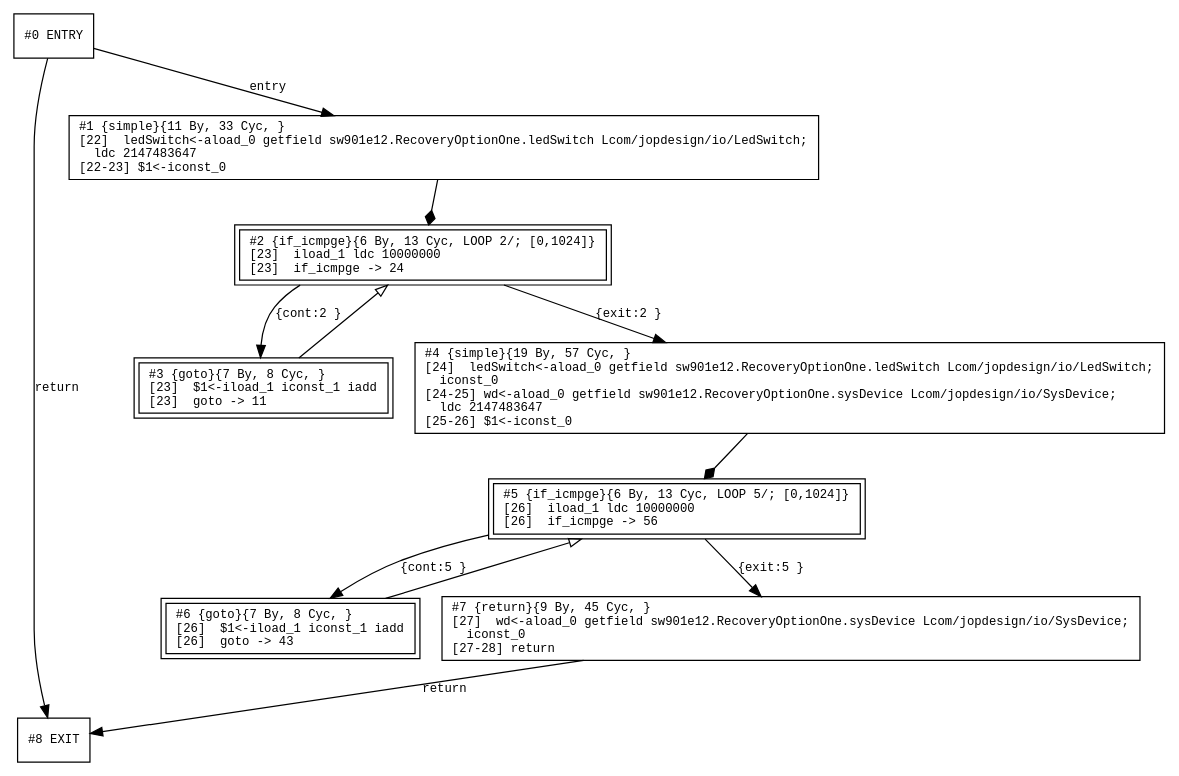
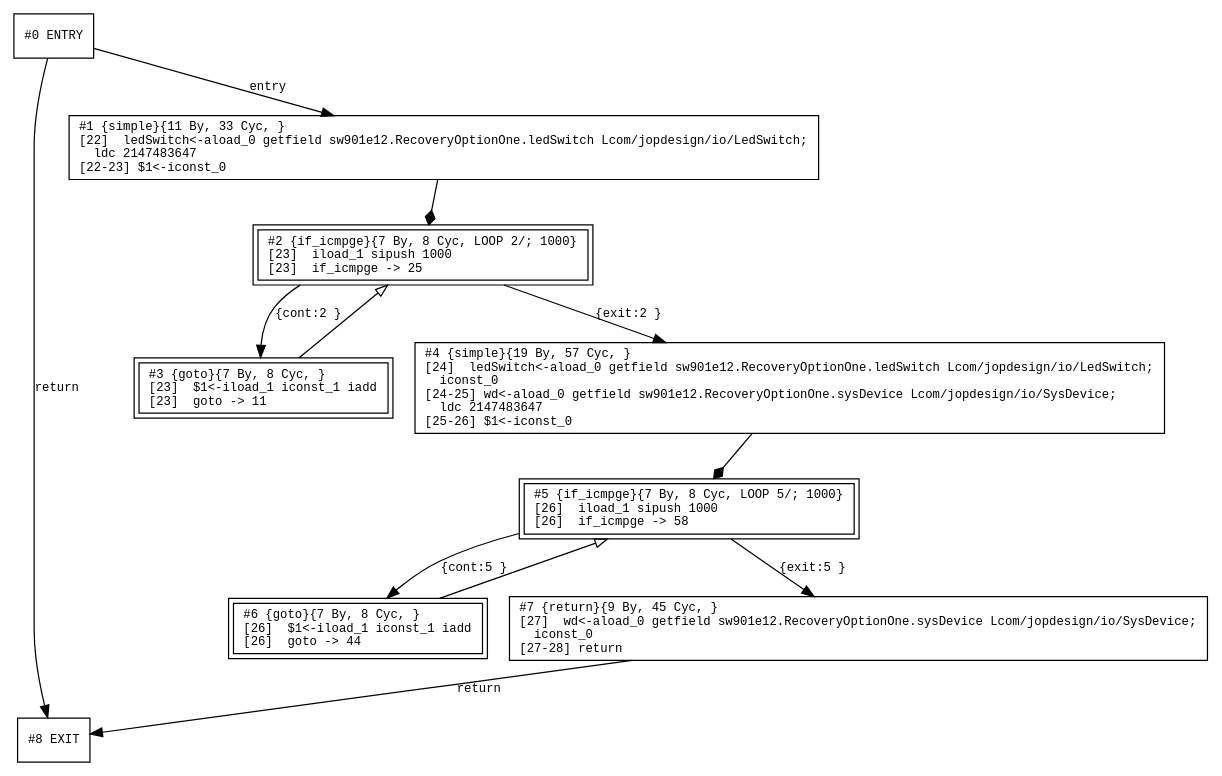
The diagram in Scheduability/Watchdog/system_SCJApplicationMain_sw901e12.handlers.PEHSystemRecovery.handleAsyncEvent/report/sw901e12.RecoveryOptionOne.executeRecovery__VCFG.dot (Todberg/LibCSP), drawn with Graphviz before and after one commit. The commit also changed 44 other files, not shown here.

```diff
--- a/Scheduability/Watchdog/system_SCJApplicationMain_sw901e12.handlers.PEHSystemRecovery.handleAsyncEvent/report/sw901e12.RecoveryOptionOne.executeRecovery__VCFG.dot
+++ b/Scheduability/Watchdog/system_SCJApplicationMain_sw901e12.handlers.PEHSystemRecovery.handleAsyncEvent/report/sw901e12.RecoveryOptionOne.executeRecovery__VCFG.dot
@@ -1,23 +1,23 @@
 digraph cfg
 {
 0 [label="#0 ENTRY",shape=box,fontname=Courier,fontsize=10];
 1 [label="#8 EXIT",shape=box,fontname=Courier,fontsize=10];
 2 [peripheries=1,label="#1 {simple}{11 By, 33 Cyc, }\l[22]  ledSwitch<-aload_0 getfield sw901e12.RecoveryOptionOne.ledSwitch Lcom/jopdesign/io/LedSwitch;\l  \ ldc 2147483647\l[22-23] $1<-iconst_0\l",shape=box,fontname=Courier,fontsize=10];
-3 [peripheries=2,label="#2 {if_icmpge}{6 By, 13 Cyc, LOOP 2/; [0,1024]}\l[23]  iload_1 ldc 10000000\l[23]  if_icmpge -> 24\l",shape=box,fontname=Courier,fontsize=10];
+3 [peripheries=2,label="#2 {if_icmpge}{7 By, 8 Cyc, LOOP 2/; 1000}\l[23]  iload_1 sipush 1000\l[23]  if_icmpge -> 25\l",shape=box,fontname=Courier,fontsize=10];
 4 [peripheries=2,label="#3 {goto}{7 By, 8 Cyc, }\l[23]  $1<-iload_1 iconst_1 iadd\l[23]  goto -> 11\l",shape=box,fontname=Courier,fontsize=10];
 5 [peripheries=1,label="#4 {simple}{19 By, 57 Cyc, }\l[24]  ledSwitch<-aload_0 getfield sw901e12.RecoveryOptionOne.ledSwitch Lcom/jopdesign/io/LedSwitch;\l  \ iconst_0\l[24-25] wd<-aload_0 getfield sw901e12.RecoveryOptionOne.sysDevice Lcom/jopdesign/io/SysDevice;\l  \ ldc 2147483647\l[25-26] $1<-iconst_0\l",shape=box,fontname=Courier,fontsize=10];
-6 [peripheries=2,label="#5 {if_icmpge}{6 By, 13 Cyc, LOOP 5/; [0,1024]}\l[26]  iload_1 ldc 10000000\l[26]  if_icmpge -> 56\l",shape=box,fontname=Courier,fontsize=10];
-7 [peripheries=2,label="#6 {goto}{7 By, 8 Cyc, }\l[26]  $1<-iload_1 iconst_1 iadd\l[26]  goto -> 43\l",shape=box,fontname=Courier,fontsize=10];
+6 [peripheries=2,label="#5 {if_icmpge}{7 By, 8 Cyc, LOOP 5/; 1000}\l[26]  iload_1 sipush 1000\l[26]  if_icmpge -> 58\l",shape=box,fontname=Courier,fontsize=10];
+7 [peripheries=2,label="#6 {goto}{7 By, 8 Cyc, }\l[26]  $1<-iload_1 iconst_1 iadd\l[26]  goto -> 44\l",shape=box,fontname=Courier,fontsize=10];
 8 [peripheries=1,label="#7 {return}{9 By, 45 Cyc, }\l[27]  wd<-aload_0 getfield sw901e12.RecoveryOptionOne.sysDevice Lcom/jopdesign/io/SysDevice;\l  \ iconst_0\l[27-28] return\l",shape=box,fontname=Courier,fontsize=10];
 0 -> 2[label=entry,fontname=Courier,fontsize=10];
+7 -> 6[label="",fontname=Courier,arrowhead=empty,fontsize=10];
+2 -> 3[label="",fontname=Courier,arrowhead=diamond,fontsize=10];
 4 -> 3[label="",fontname=Courier,arrowhead=empty,fontsize=10];
-2 -> 3[label="",fontname=Courier,arrowhead=diamond,fontsize=10];
-7 -> 6[label="",fontname=Courier,arrowhead=empty,fontsize=10];
-6 -> 7[label="{cont:5 }",fontname=Courier,fontsize=10];
-6 -> 8[label="{exit:5 }",fontname=Courier,fontsize=10];
 5 -> 6[label="",fontname=Courier,arrowhead=diamond,fontsize=10];
 8 -> 1[label=return,fontname=Courier,fontsize=10];
 3 -> 4[label="{cont:2 }",fontname=Courier,fontsize=10];
 3 -> 5[label="{exit:2 }",fontname=Courier,fontsize=10];
+6 -> 7[label="{cont:5 }",fontname=Courier,fontsize=10];
+6 -> 8[label="{exit:5 }",fontname=Courier,fontsize=10];
 0 -> 1[label=return,fontname=Courier,fontsize=10];
 }
```
